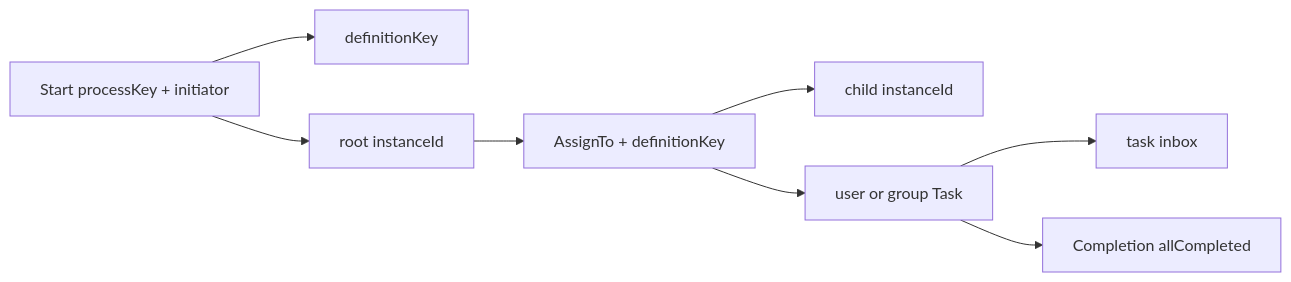
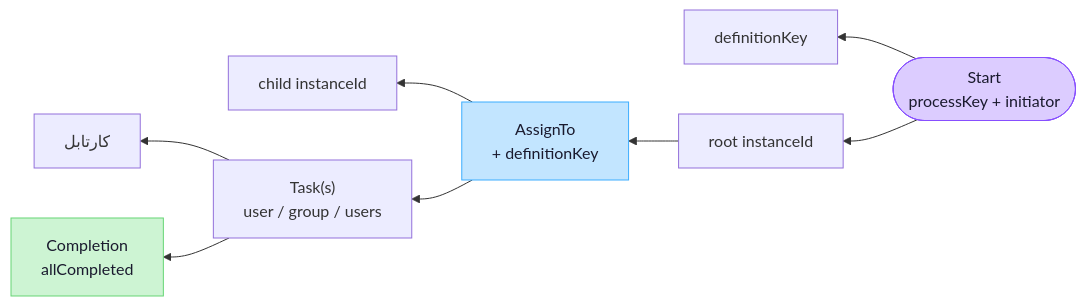
Before and after one commit to mortenaho/WorkFlowEngine: the first of 6 diagrams in docs/architecture.md, drawn with Mermaid. The commit also changed other lines of this file and 1 other file, not shown here.

First line of the commit message:
Update architecture documentation with improved Mermaid diagrams and add Mermaid configuration for enhanced styling

````diff
--- a/docs/architecture.md
+++ b/docs/architecture.md
@@ -111,11 +111,15 @@
 ```mermaid
-flowchart LR
-  start[Start processKey + initiator]
-  start --> def[definitionKey]
-  start --> root[root instanceId]
-  root --> refer[AssignTo + definitionKey]
-  refer --> child[child instanceId]
-  refer --> tasks[user or group Task]
-  tasks --> inbox[task inbox]
-  tasks --> done[Completion allCompleted]
+flowchart RL
+  start(["Start<br/>processKey + initiator"])
+  start --> def["definitionKey"]
+  start --> root["root instanceId"]
+  root --> refer["AssignTo<br/>+ definitionKey"]
+  refer --> child["child instanceId"]
+  refer --> tasks["Task(s)<br/>user / group / users"]
+  tasks --> inbox["کارتابل"]
+  tasks --> done["Completion<br/>allCompleted"]
+
+  style start fill:#DCCCFF,stroke:#874FFF,color:#1a1a2e
+  style refer fill:#C2E5FF,stroke:#3DADFF,color:#1a1a2e
+  style done fill:#CDF4D3,stroke:#66D575,color:#1a1a2e
 ```
````
